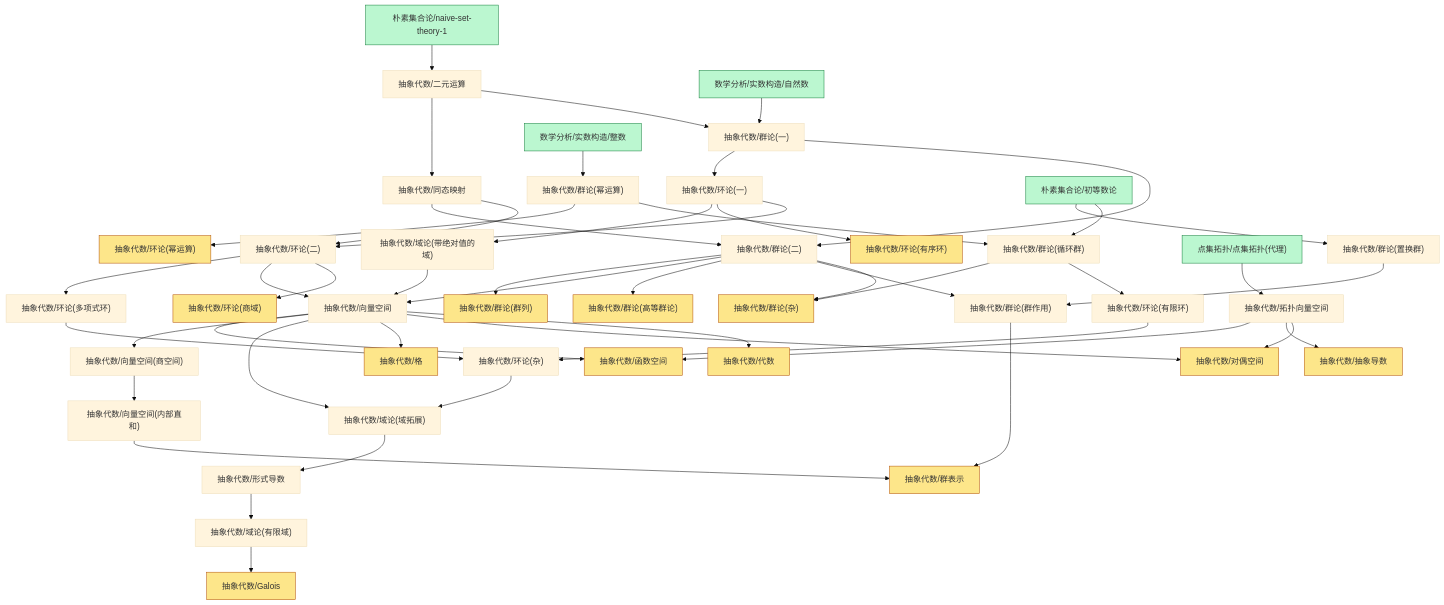
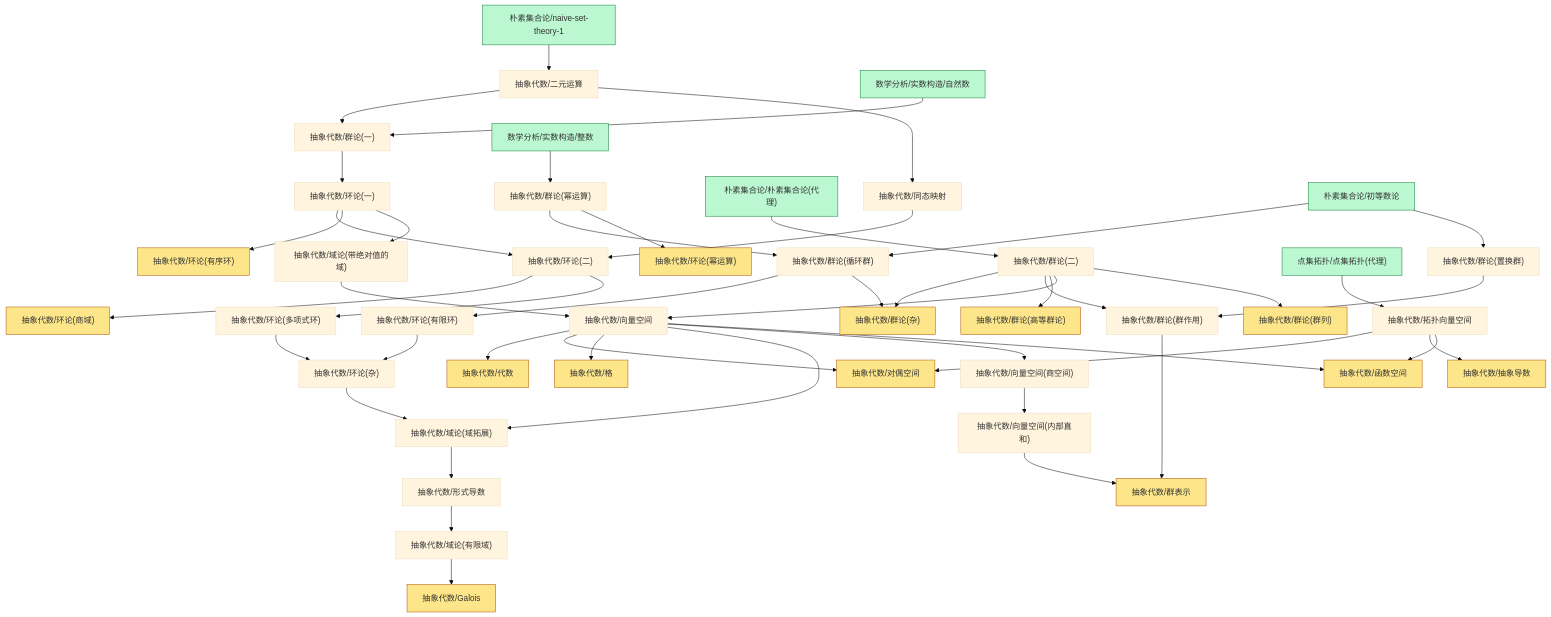
One commit to zeroDtree/zeroDtree.github.io changed the diagram in content/抽象代数/dependency_graph.md. Above: the diagram before and after it, drawn with Mermaid (base theme). The commit also changed 17 other files, not shown here.

Commit message:
Refactor dependency graphs and update prerequisite links across mathematical documents. Introduced new content on counting principles and naive set theory, while enhancing clarity in logical dependencies and ensuring consistent terminology throughout the mathematical framework.

````diff
--- a/content/抽象代数/dependency_graph.md
+++ b/content/抽象代数/dependency_graph.md
@@ -1,54 +1,52 @@
 ```mermaid
 graph TD
 1["抽象代数/群论(群作用)"] --> 0["抽象代数/群表示"]
 2["抽象代数/向量空间(内部直和)"] --> 0["抽象代数/群表示"]
 4["抽象代数/向量空间"] --> 3["抽象代数/代数"]
 6["抽象代数/群论(循环群)"] --> 5["抽象代数/环论(有限环)"]
 8["抽象代数/环论(一)"] --> 7["抽象代数/环论(二)"]
 9["抽象代数/同态映射"] --> 7["抽象代数/环论(二)"]
 5["抽象代数/环论(有限环)"] --> 10["抽象代数/环论(杂)"]
 11["抽象代数/环论(多项式环)"] --> 10["抽象代数/环论(杂)"]
 13["朴素集合论/naive-set-theory-1"] --> 12["抽象代数/二元运算"]
 15["抽象代数/群论(二)"] --> 14["抽象代数/群论(杂)"]
 6["抽象代数/群论(循环群)"] --> 14["抽象代数/群论(杂)"]
 4["抽象代数/向量空间"] --> 16["抽象代数/对偶空间"]
 17["抽象代数/拓扑向量空间"] --> 16["抽象代数/对偶空间"]
 19["抽象代数/域论(域拓展)"] --> 18["抽象代数/形式导数"]
-20["抽象代数/群论(一)"] --> 15["抽象代数/群论(二)"]
-9["抽象代数/同态映射"] --> 15["抽象代数/群论(二)"]
+20["朴素集合论/朴素集合论(代理)"] --> 15["抽象代数/群论(二)"]
 21["抽象代数/群论(幂运算)"] --> 6["抽象代数/群论(循环群)"]
 22["朴素集合论/初等数论"] --> 6["抽象代数/群论(循环群)"]
 21["抽象代数/群论(幂运算)"] --> 23["抽象代数/环论(幂运算)"]
 15["抽象代数/群论(二)"] --> 1["抽象代数/群论(群作用)"]
 24["抽象代数/群论(置换群)"] --> 1["抽象代数/群论(群作用)"]
 4["抽象代数/向量空间"] --> 25["抽象代数/格"]
 7["抽象代数/环论(二)"] --> 26["抽象代数/环论(商域)"]
-20["抽象代数/群论(一)"] --> 8["抽象代数/环论(一)"]
-15["抽象代数/群论(二)"] --> 27["抽象代数/群论(高等群论)"]
-29["抽象代数/域论(有限域)"] --> 28["抽象代数/Galois"]
-30["数学分析/实数构造/自然数"] --> 20["抽象代数/群论(一)"]
-12["抽象代数/二元运算"] --> 20["抽象代数/群论(一)"]
-31["抽象代数/向量空间(商空间)"] --> 2["抽象代数/向量空间(内部直和)"]
+27["抽象代数/群论(一)"] --> 8["抽象代数/环论(一)"]
+15["抽象代数/群论(二)"] --> 28["抽象代数/群论(高等群论)"]
+30["抽象代数/域论(有限域)"] --> 29["抽象代数/Galois"]
+31["数学分析/实数构造/自然数"] --> 27["抽象代数/群论(一)"]
+12["抽象代数/二元运算"] --> 27["抽象代数/群论(一)"]
+32["抽象代数/向量空间(商空间)"] --> 2["抽象代数/向量空间(内部直和)"]
 15["抽象代数/群论(二)"] --> 4["抽象代数/向量空间"]
-7["抽象代数/环论(二)"] --> 4["抽象代数/向量空间"]
-32["抽象代数/域论(带绝对值的域)"] --> 4["抽象代数/向量空间"]
-17["抽象代数/拓扑向量空间"] --> 33["抽象代数/抽象导数"]
-34["点集拓扑/点集拓扑(代理)"] --> 17["抽象代数/拓扑向量空间"]
-8["抽象代数/环论(一)"] --> 35["抽象代数/环论(有序环)"]
-8["抽象代数/环论(一)"] --> 32["抽象代数/域论(带绝对值的域)"]
+33["抽象代数/域论(带绝对值的域)"] --> 4["抽象代数/向量空间"]
+17["抽象代数/拓扑向量空间"] --> 34["抽象代数/抽象导数"]
+35["点集拓扑/点集拓扑(代理)"] --> 17["抽象代数/拓扑向量空间"]
+8["抽象代数/环论(一)"] --> 36["抽象代数/环论(有序环)"]
+8["抽象代数/环论(一)"] --> 33["抽象代数/域论(带绝对值的域)"]
 7["抽象代数/环论(二)"] --> 11["抽象代数/环论(多项式环)"]
 10["抽象代数/环论(杂)"] --> 19["抽象代数/域论(域拓展)"]
 4["抽象代数/向量空间"] --> 19["抽象代数/域论(域拓展)"]
-18["抽象代数/形式导数"] --> 29["抽象代数/域论(有限域)"]
-36["数学分析/实数构造/整数"] --> 21["抽象代数/群论(幂运算)"]
-4["抽象代数/向量空间"] --> 31["抽象代数/向量空间(商空间)"]
-15["抽象代数/群论(二)"] --> 37["抽象代数/群论(群列)"]
+18["抽象代数/形式导数"] --> 30["抽象代数/域论(有限域)"]
+37["数学分析/实数构造/整数"] --> 21["抽象代数/群论(幂运算)"]
+4["抽象代数/向量空间"] --> 32["抽象代数/向量空间(商空间)"]
+15["抽象代数/群论(二)"] --> 38["抽象代数/群论(群列)"]
 12["抽象代数/二元运算"] --> 9["抽象代数/同态映射"]
 22["朴素集合论/初等数论"] --> 24["抽象代数/群论(置换群)"]
-4["抽象代数/向量空间"] --> 38["抽象代数/函数空间"]
-17["抽象代数/拓扑向量空间"] --> 38["抽象代数/函数空间"]
+4["抽象代数/向量空间"] --> 39["抽象代数/函数空间"]
+17["抽象代数/拓扑向量空间"] --> 39["抽象代数/函数空间"]
 classDef leaf fill:#fde68a,stroke:#b45309
-class 0,3,14,16,23,25,26,27,28,33,35,37,38 leaf
+class 0,3,14,16,23,25,26,28,29,34,36,38,39 leaf
 classDef foundationRoot fill:#bbf7d0,stroke:#15803d
-class 13,22,30,34,36 foundationRoot
+class 13,20,22,31,35,37 foundationRoot
 ```
````
